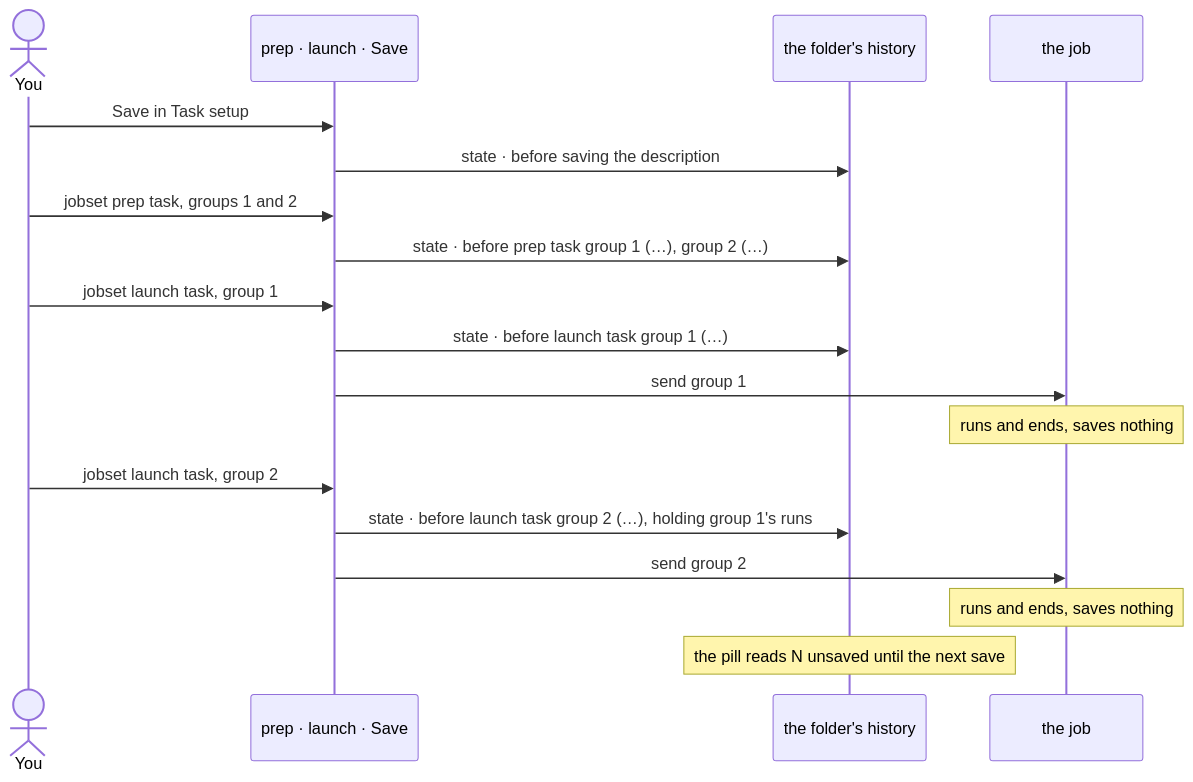
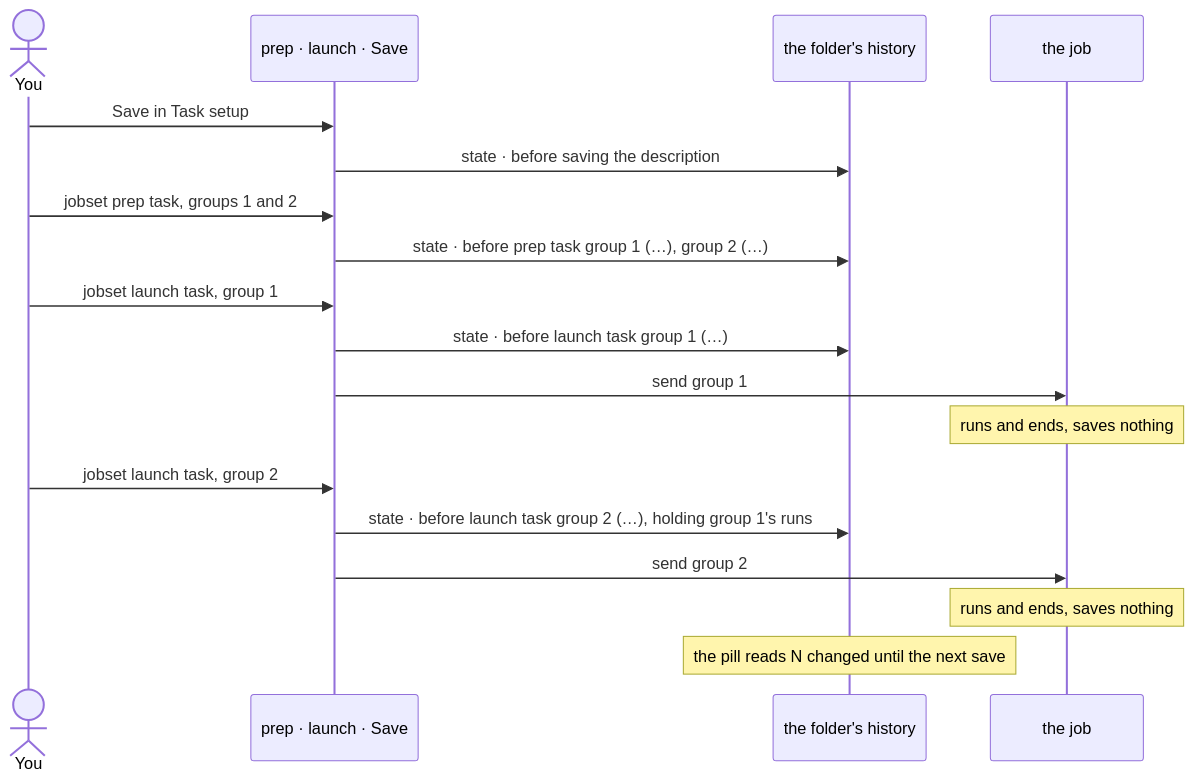
Before and after one commit to Qing-LAB/molbuilder: the fifth of 5 diagrams in docs/execution/checkpointing.md, drawn with Mermaid. The commit also changed other lines of this file and 47 other files, not shown here.

````diff
--- a/docs/execution/checkpointing.md
+++ b/docs/execution/checkpointing.md
@@ -857,20 +859,20 @@
 ```mermaid
 sequenceDiagram
     actor You
     participant M as prep · launch · Save
     participant H as the folder's history
     participant J as the job
     You->>M: Save in Task setup
     M->>H: state · before saving the description
     You->>M: jobset prep task, groups 1 and 2
     M->>H: state · before prep task group 1 (…), group 2 (…)
     You->>M: jobset launch task, group 1
     M->>H: state · before launch task group 1 (…)
     M->>J: send group 1
     Note over J: runs and ends, saves nothing
     You->>M: jobset launch task, group 2
     M->>H: state · before launch task group 2 (…), holding group 1's runs
     M->>J: send group 2
     Note over J: runs and ends, saves nothing
-    Note over H: the pill reads N unsaved until the next save
+    Note over H: the pill reads N changed until the next save
 ```
````
